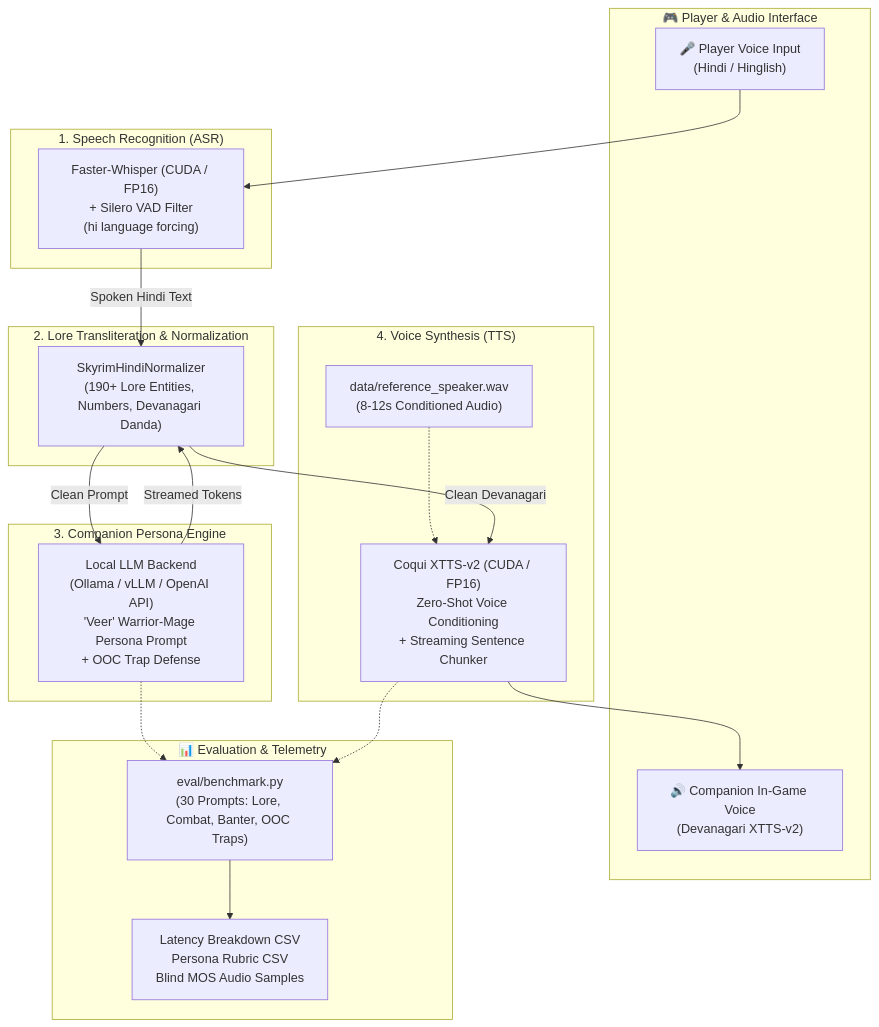
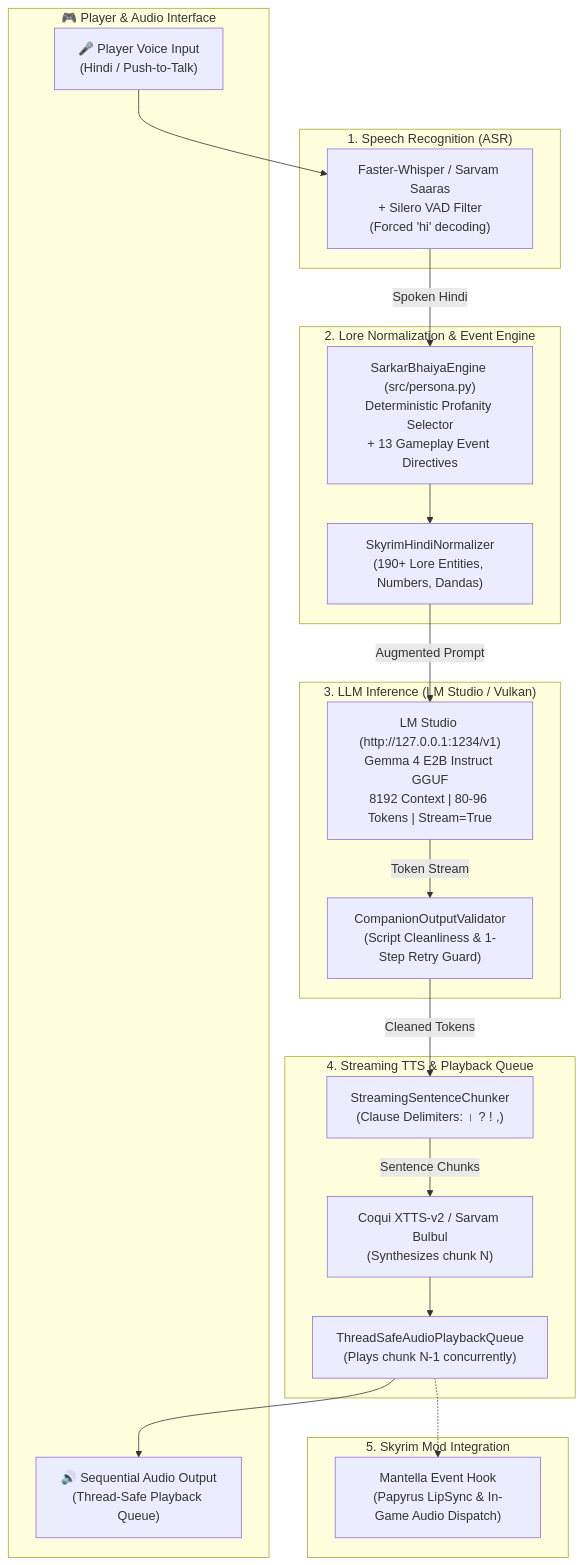
One commit to b1boi/Skyrim-hindi-companion changed the diagram in README.md. Above: the diagram before and after it, drawn with Mermaid. The commit also changed other lines of this file and 47 other files, not shown here.

Commit message:
feat: optimise companion pipeline and implement Sarkar Bhaiya persona

````diff
--- a/README.md
+++ b/README.md
@@ -23,41 +53,42 @@
 ```mermaid
 flowchart TD
     subgraph Client ["🎮 Player & Audio Interface"]
-        Mic["🎤 Player Voice Input\n(Hindi / Hinglish)"]
-        Spk["🔊 Companion In-Game Voice\n(Devanagari XTTS-v2)"]
+        Mic["🎤 Player Voice Input\n(Hindi / Push-to-Talk)"]
+        Spk["🔊 Sequential Audio Output\n(Thread-Safe Playback Queue)"]
     end
 
     subgraph ASR_Stage ["1. Speech Recognition (ASR)"]
-        FW["Faster-Whisper (CUDA / FP16)\n+ Silero VAD Filter\n(hi language forcing)"]
+        FW["Faster-Whisper / Sarvam Saaras\n+ Silero VAD Filter\n(Forced 'hi' decoding)"]
     end
 
-    subgraph NLP_Stage ["2. Lore Transliteration & Normalization"]
-        Norm["SkyrimHindiNormalizer\n(190+ Lore Entities, Numbers, Devanagari Danda)"]
+    subgraph NLP_Stage ["2. Lore Normalization & Event Engine"]
+        Engine["SarkarBhaiyaEngine (src/persona.py)\nDeterministic Profanity Selector\n+ 13 Gameplay Event Directives"]
+        Norm["SkyrimHindiNormalizer\n(190+ Lore Entities, Numbers, Dandas)"]
     end
 
-    subgraph LLM_Stage ["3. Companion Persona Engine"]
-        LLM["Local LLM Backend\n(Ollama / vLLM / OpenAI API)\n'Veer' Warrior-Mage Persona Prompt\n+ OOC Trap Defense"]
+    subgraph LLM_Stage ["3. LLM Inference (LM Studio / Vulkan)"]
+        LMStudio["LM Studio (http://127.0.0.1:1234/v1)\nGemma 4 E2B Instruct GGUF\n8192 Context | 80-96 Tokens | Stream=True"]
+        Validator["CompanionOutputValidator\n(Script Cleanliness & 1-Step Retry Guard)"]
     end
 
-    subgraph TTS_Stage ["4. Voice Synthesis (TTS)"]
-        XTTS["Coqui XTTS-v2 (CUDA / FP16)\nZero-Shot Voice Conditioning\n+ Streaming Sentence Chunker"]
-        RefSpk["data/reference_speaker.wav\n(8-12s Conditioned Audio)"]
-        RefSpk -.-> XTTS
+    subgraph TTS_Stage ["4. Streaming TTS & Playback Queue"]
+        Chunker["StreamingSentenceChunker\n(Clause Delimiters: । ? ! ,)"]
+        Synthesizer["Coqui XTTS-v2 / Sarvam Bulbul\n(Synthesizes chunk N)"]
+        Queue["ThreadSafeAudioPlaybackQueue\n(Plays chunk N-1 concurrently)"]
     end
 
-    subgraph Eval_Harness ["📊 Evaluation & Telemetry"]
-        Bench["eval/benchmark.py\n(30 Prompts: Lore, Combat, Banter, OOC Traps)"]
-        Metrics["Latency Breakdown CSV\nPersona Rubric CSV\nBlind MOS Audio Samples"]
+    subgraph Mantella ["5. Skyrim Mod Integration"]
+        Hook["Mantella Event Hook\n(Papyrus LipSync & In-Game Audio Dispatch)"]
     end
 
     Mic --> FW
-    FW -->|Spoken Hindi Text| Norm
-    Norm -->|Clean Prompt| LLM
-    LLM -->|Streamed Tokens| Norm
-    Norm -->|Clean Devanagari| XTTS
-    XTTS --> Spk
-
-    LLM -.-> Bench
-    XTTS -.-> Bench
-    Bench --> Metrics
+    FW -->|Spoken Hindi| Engine
+    Engine --> Norm
+    Norm -->|Augmented Prompt| LMStudio
+    LMStudio -->|Token Stream| Validator
+    Validator -->|Cleaned Tokens| Chunker
+    Chunker -->|Sentence Chunks| Synthesizer
+    Synthesizer --> Queue
+    Queue --> Spk
+    Queue -.-> Hook
 ```
````
